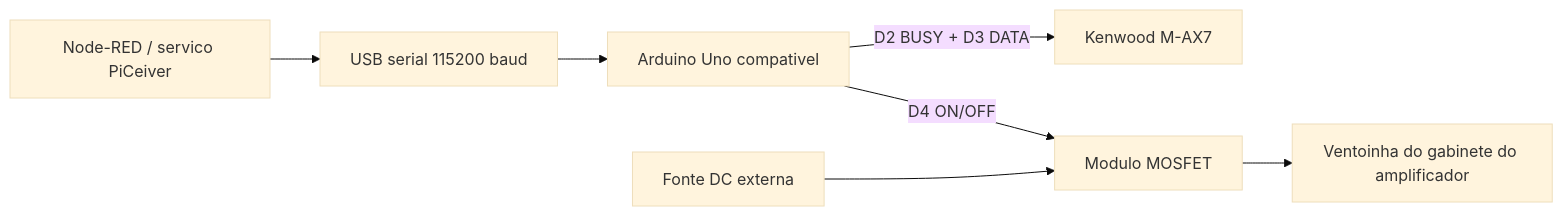
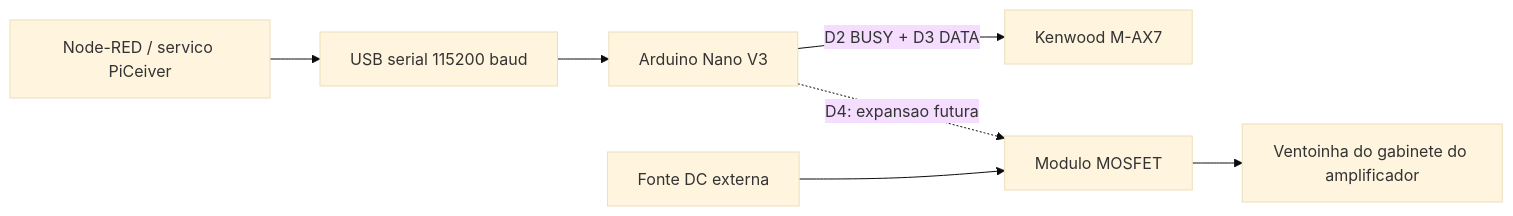
Before and after one commit to Elvis-Christian/PiCeiver: the diagram in docs/hardware/kenwood-sl16-pi-arduino.md, drawn with Mermaid (base theme). The commit also changed other lines of this file and 7 other files, not shown here.

````diff
--- a/docs/hardware/kenwood-sl16-pi-arduino.md
+++ b/docs/hardware/kenwood-sl16-pi-arduino.md
@@ -11,9 +11,9 @@
 ```mermaid
 flowchart LR
   NR["Node-RED / servico PiCeiver"] --> USB["USB serial 115200 baud"]
-  USB --> UNO["Arduino Uno compativel"]
-  UNO -->|"D2 BUSY + D3 DATA"| AMP["Kenwood M-AX7"]
-  UNO -->|"D4 ON/OFF"| MOS["Modulo MOSFET"]
+  USB --> NANO["Arduino Nano V3"]
+  NANO -->|"D2 BUSY + D3 DATA"| AMP["Kenwood M-AX7"]
+  NANO -.->|"D4: expansao futura"| MOS["Modulo MOSFET"]
   PSU["Fonte DC externa"] --> MOS
   MOS --> FAN["Ventoinha do gabinete do amplificador"]
 ```
````
